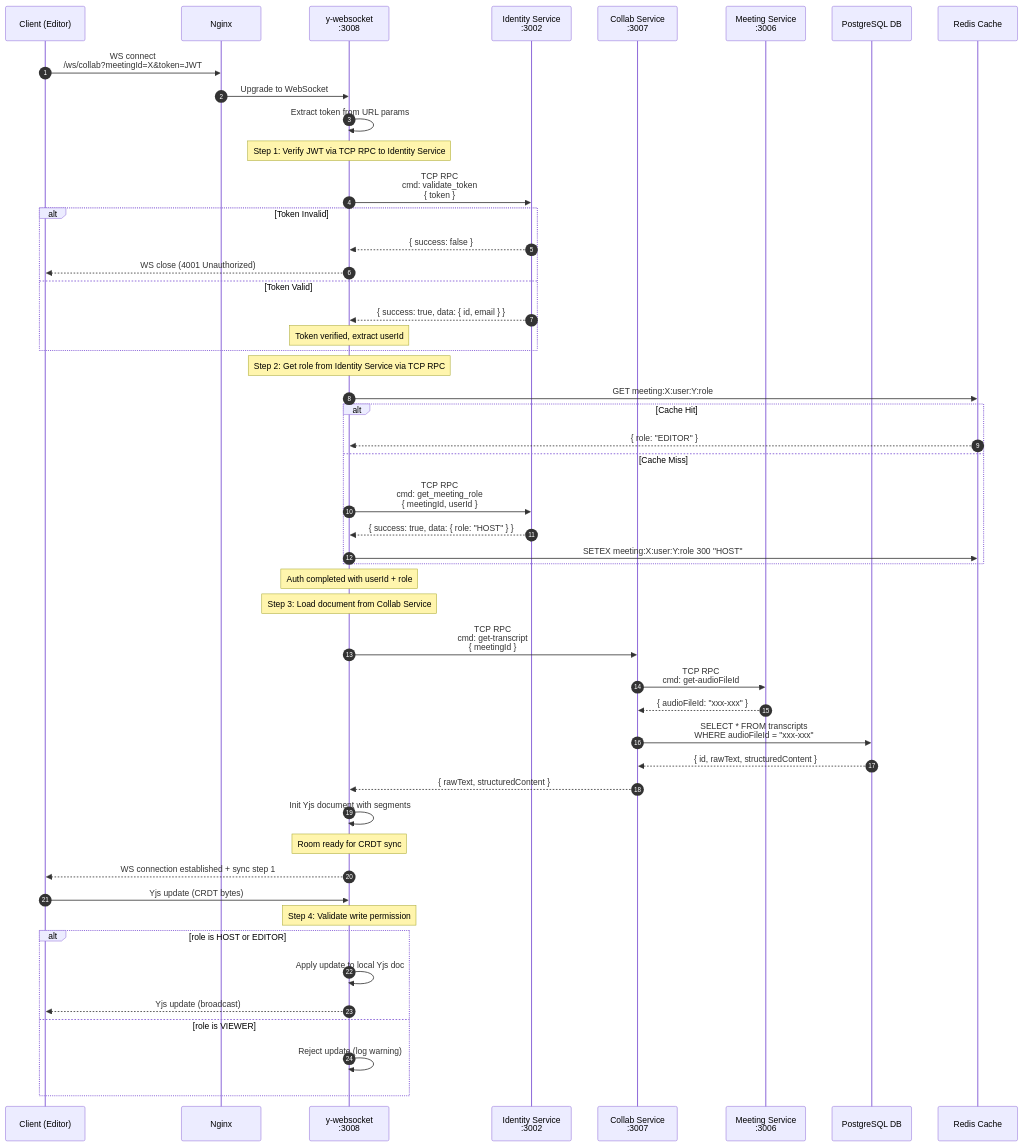
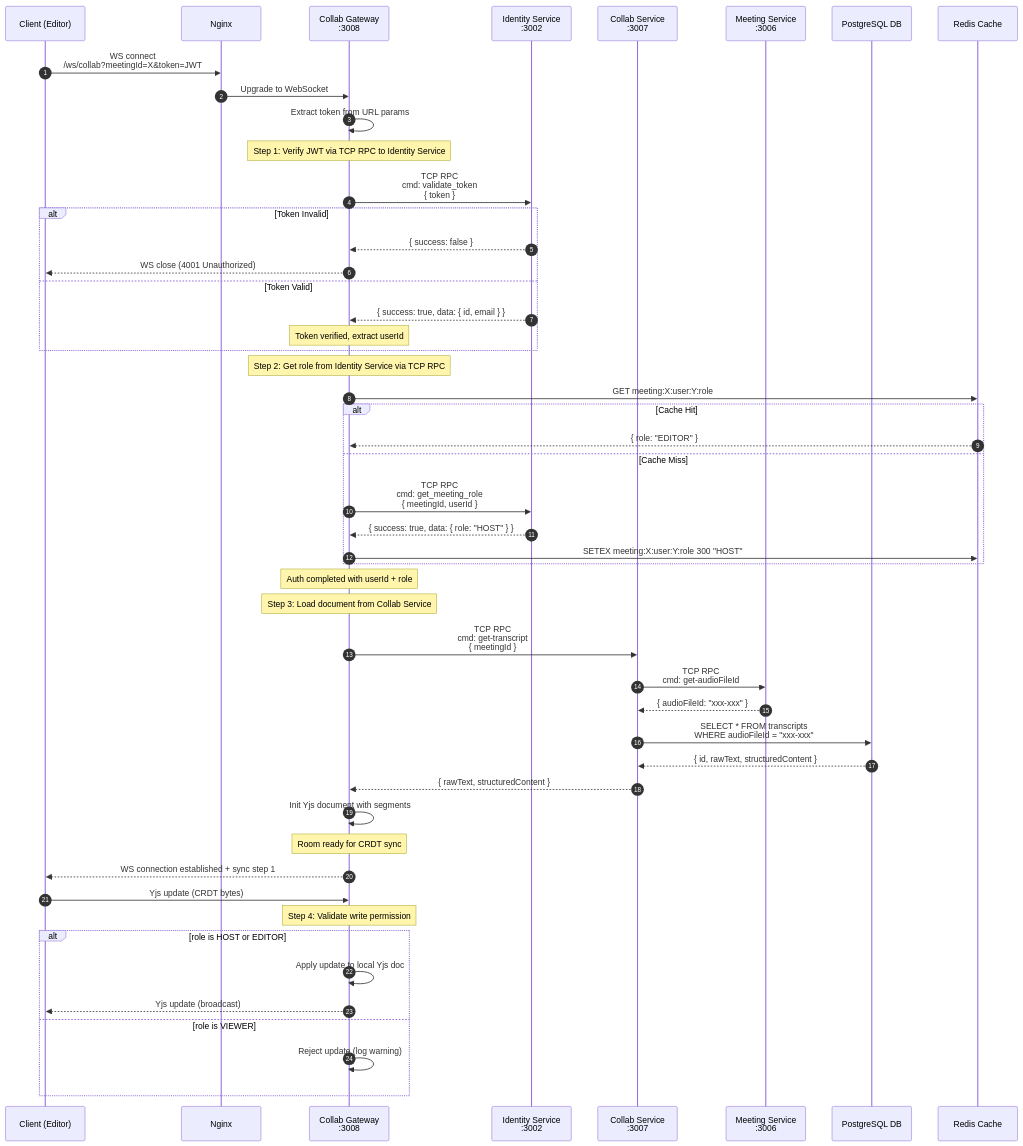
The second of 3 diagrams in documents/ms/collab_service/idea/architecture.md (Yamaaaaaaaa/VDT_miniproject_TranscriptHub), drawn with Mermaid before and after one commit. The commit also changed other lines of this file and 25 other files, not shown here.

````diff
--- a/documents/ms/collab_service/idea/architecture.md
+++ b/documents/ms/collab_service/idea/architecture.md
@@ -149,60 +361,60 @@
 ```mermaid
 sequenceDiagram
     autonumber
     participant Client as Client (Editor)
     participant Nginx as Nginx
-    participant yWS as y-websocket<br/>:3008
+    participant CollabWS as Collab Gateway<br/>:3008
     participant Identity as Identity Service<br/>:3002
     participant Collab as Collab Service<br/>:3007
     participant Meeting as Meeting Service<br/>:3006
     participant PG as PostgreSQL DB
     participant Redis as Redis Cache
 
     Client->>Nginx: WS connect<br/>/ws/collab?meetingId=X&token=JWT
-    Nginx->>yWS: Upgrade to WebSocket
-    yWS->>yWS: Extract token from URL params
+    Nginx->>CollabWS: Upgrade to WebSocket
+    CollabWS->>CollabWS: Extract token from URL params
 
-    Note over yWS: Step 1: Verify JWT via TCP RPC to Identity Service
-    yWS->>Identity: TCP RPC<br/>cmd: validate_token<br/>{ token }
+    Note over CollabWS: Step 1: Verify JWT via TCP RPC to Identity Service
+    CollabWS->>Identity: TCP RPC<br/>cmd: validate_token<br/>{ token }
     alt Token Invalid
-        Identity-->>yWS: { success: false }
-        yWS-->>Client: WS close (4001 Unauthorized)
+        Identity-->>CollabWS: { success: false }
+        CollabWS-->>Client: WS close (4001 Unauthorized)
     else Token Valid
-        Identity-->>yWS: { success: true, data: { id, email } }
-        Note over yWS: Token verified, extract userId
+        Identity-->>CollabWS: { success: true, data: { id, email } }
+        Note over CollabWS: Token verified, extract userId
     end
 
-    Note over yWS: Step 2: Get role from Identity Service via TCP RPC
-    yWS->>Redis: GET meeting:X:user:Y:role
+    Note over CollabWS: Step 2: Get role from Identity Service via TCP RPC
+    CollabWS->>Redis: GET meeting:X:user:Y:role
     alt Cache Hit
-        Redis-->>yWS: { role: "EDITOR" }
+        Redis-->>CollabWS: { role: "EDITOR" }
     else Cache Miss
-        yWS->>Identity: TCP RPC<br/>cmd: get_meeting_role<br/>{ meetingId, userId }
-        Identity-->>yWS: { success: true, data: { role: "HOST" } }
-        yWS->>Redis: SETEX meeting:X:user:Y:role 300 "HOST"
+        CollabWS->>Identity: TCP RPC<br/>cmd: get_meeting_role<br/>{ meetingId, userId }
+        Identity-->>CollabWS: { success: true, data: { role: "HOST" } }
+        CollabWS->>Redis: SETEX meeting:X:user:Y:role 300 "HOST"
     end
 
-    Note over yWS: Auth completed with userId + role
+    Note over CollabWS: Auth completed with userId + role
 
-    Note over yWS: Step 3: Load document from Collab Service
-    yWS->>Collab: TCP RPC<br/>cmd: get-transcript<br/>{ meetingId }
+    Note over CollabWS: Step 3: Load document from Collab Service
+    CollabWS->>Collab: TCP RPC<br/>cmd: get-transcript<br/>{ meetingId }
     Collab->>Meeting: TCP RPC<br/>cmd: get-audioFileId
     Meeting-->>Collab: { audioFileId: "xxx-xxx" }
     Collab->>PG: SELECT * FROM transcripts<br/>WHERE audioFileId = "xxx-xxx"
     PG-->>Collab: { id, rawText, structuredContent }
-    Collab-->>yWS: { rawText, structuredContent }
-    yWS->>yWS: Init Yjs document with segments
+    Collab-->>CollabWS: { rawText, structuredContent }
+    CollabWS->>CollabWS: Init Yjs document with segments
 
-    Note over yWS: Room ready for CRDT sync
+    Note over CollabWS: Room ready for CRDT sync
 
-    yWS-->>Client: WS connection established + sync step 1
-    Client->>yWS: Yjs update (CRDT bytes)
+    CollabWS-->>Client: WS connection established + sync step 1
+    Client->>CollabWS: Yjs update (CRDT bytes)
 
-    Note over yWS: Step 4: Validate write permission
+    Note over CollabWS: Step 4: Validate write permission
     alt role is HOST or EDITOR
-        yWS->>yWS: Apply update to local Yjs doc
-        yWS-->>Client: Yjs update (broadcast)
+        CollabWS->>CollabWS: Apply update to local Yjs doc
+        CollabWS-->>Client: Yjs update (broadcast)
     else role is VIEWER
-        yWS->>yWS: Reject update (log warning)
+        CollabWS->>CollabWS: Reject update (log warning)
     end
 ```
````
